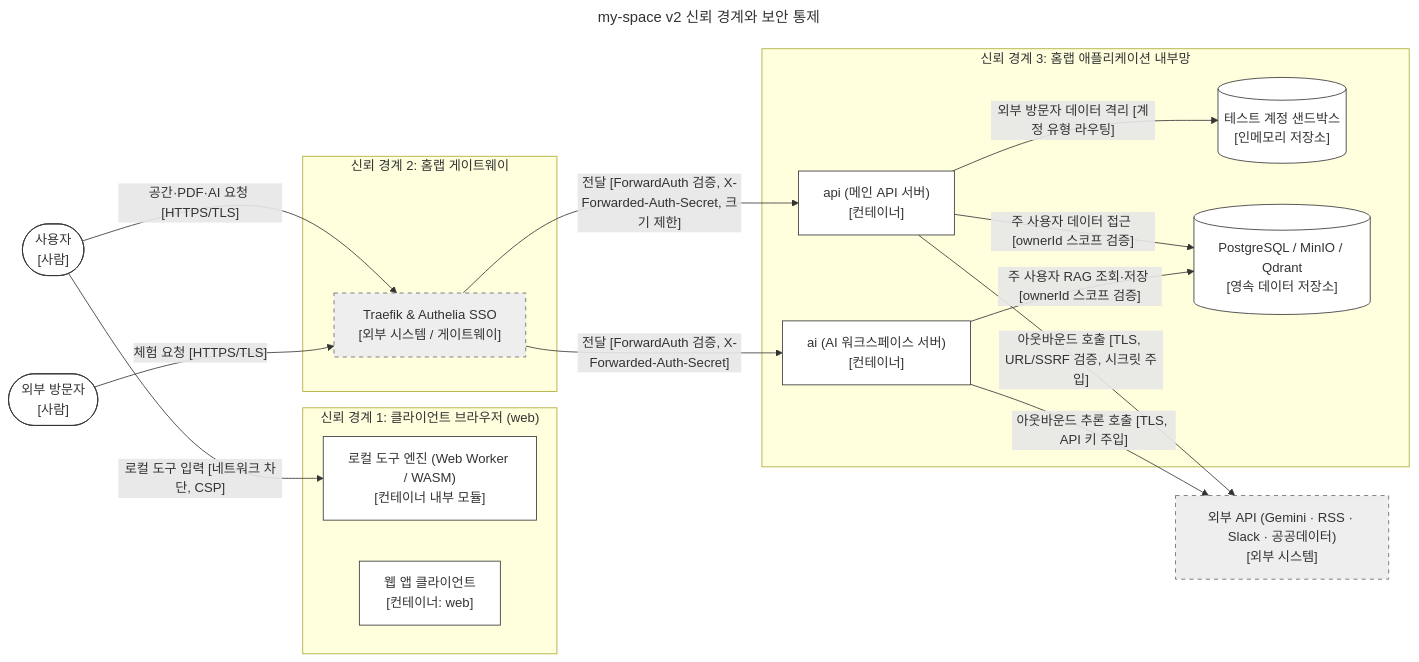
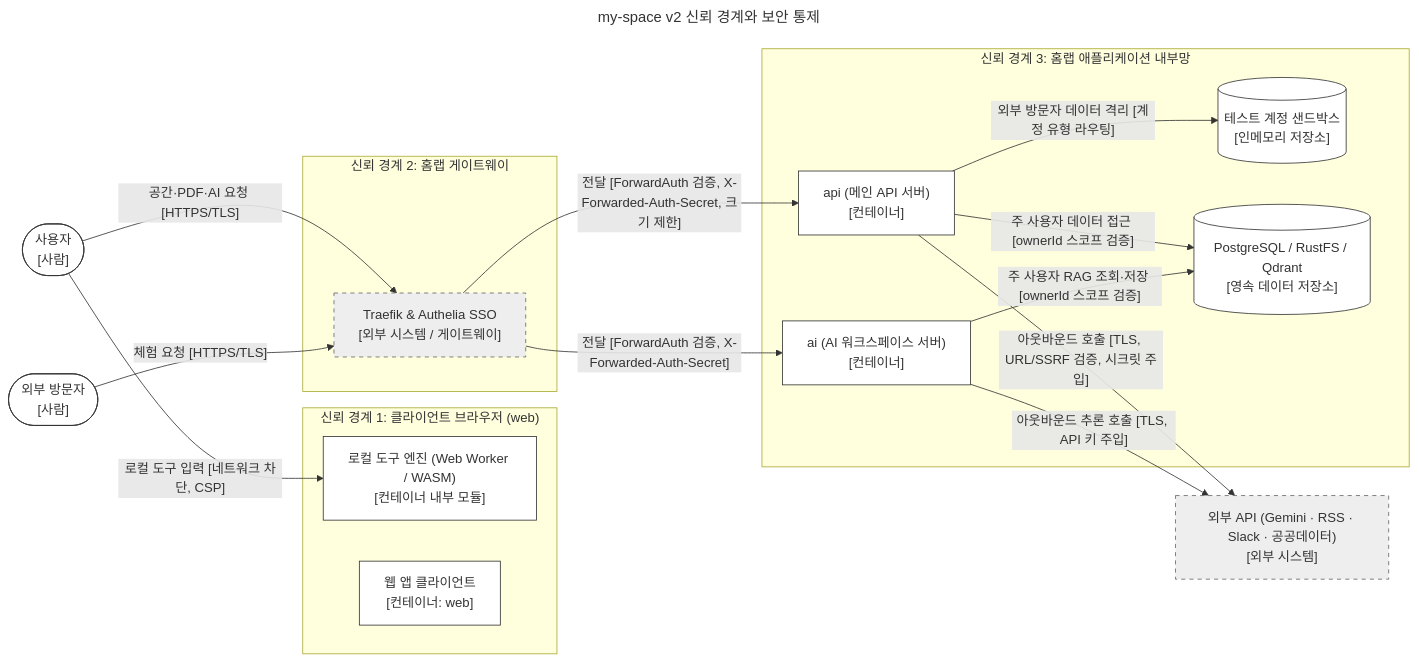
One commit to lkh-space/my-space-docs changed the diagram in architecture/arc-007-security-architecture.md. Above: the diagram before and after it, drawn with Mermaid. The commit also changed other lines of this file and 10 other files, not shown here.

Commit message:
docs: replace MinIO with RustFS across architecture specs and add ADR-0006

````diff
--- a/architecture/arc-007-security-architecture.md
+++ b/architecture/arc-007-security-architecture.md
@@ -39,44 +39,44 @@
 ```mermaid
 ---
 title: "my-space v2 신뢰 경계와 보안 통제"
 ---
 flowchart LR
   owner(["사용자<br/>[사람]"])
   visitor(["외부 방문자<br/>[사람]"])
 
   subgraph tb1["신뢰 경계 1: 클라이언트 브라우저 (web)"]
     web_local["로컬 도구 엔진 (Web Worker / WASM)<br/>[컨테이너 내부 모듈]"]
     web_client["웹 앱 클라이언트<br/>[컨테이너: web]"]
   end
 
   subgraph tb2["신뢰 경계 2: 홈랩 게이트웨이"]
     edge["Traefik & Authelia SSO<br/>[외부 시스템 / 게이트웨이]"]
   end
 
   subgraph tb3["신뢰 경계 3: 홈랩 애플리케이션 내부망"]
     api["api (메인 API 서버)<br/>[컨테이너]"]
     ai["ai (AI 워크스페이스 서버)<br/>[컨테이너]"]
     sandbox[("테스트 계정 샌드박스<br/>[인메모리 저장소]")]
-    db[("PostgreSQL / MinIO / Qdrant<br/>[영속 데이터 저장소]")]
+    db[("PostgreSQL / RustFS / Qdrant<br/>[영속 데이터 저장소]")]
   end
 
   ext["외부 API (Gemini · RSS · Slack · 공공데이터)<br/>[외부 시스템]"]
 
   owner -->|"로컬 도구 입력 [네트워크 차단, CSP]"| web_local
   owner -->|"공간·PDF·AI 요청 [HTTPS/TLS]"| edge
   visitor -->|"체험 요청 [HTTPS/TLS]"| edge
   edge -->|"전달 [ForwardAuth 검증, X-Forwarded-Auth-Secret, 크기 제한]"| api
   edge -->|"전달 [ForwardAuth 검증, X-Forwarded-Auth-Secret]"| ai
   api -->|"주 사용자 데이터 접근 [ownerId 스코프 검증]"| db
   api -->|"외부 방문자 데이터 격리 [계정 유형 라우팅]"| sandbox
   ai -->|"주 사용자 RAG 조회·저장 [ownerId 스코프 검증]"| db
   api -->|"아웃바운드 호출 [TLS, URL/SSRF 검증, 시크릿 주입]"| ext
   ai -->|"아웃바운드 추론 호출 [TLS, API 키 주입]"| ext
 
   classDef person fill:#ffffff,stroke:#333333
   classDef container fill:#ffffff,stroke:#333333
   classDef external fill:#eeeeee,stroke:#666666,stroke-dasharray:5 5
   class owner,visitor person
   class web_local,web_client,api,ai,sandbox,db container
   class edge,ext external
 ```
````
